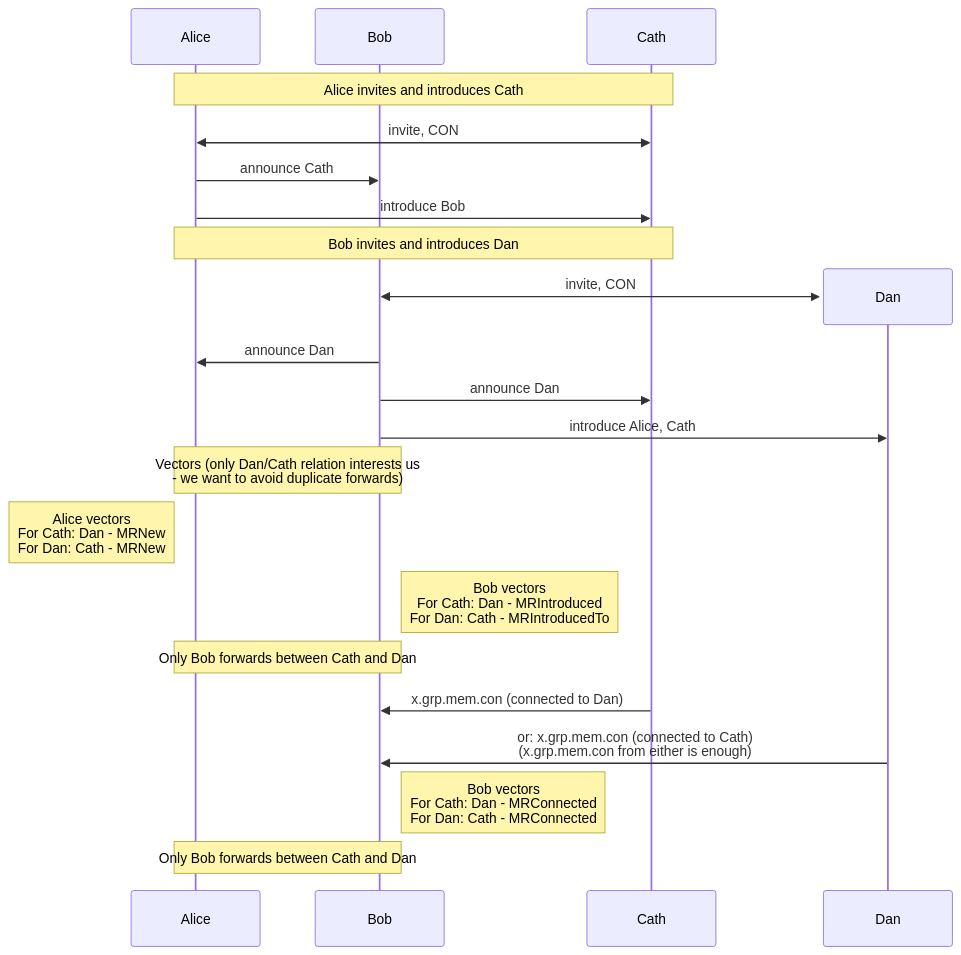
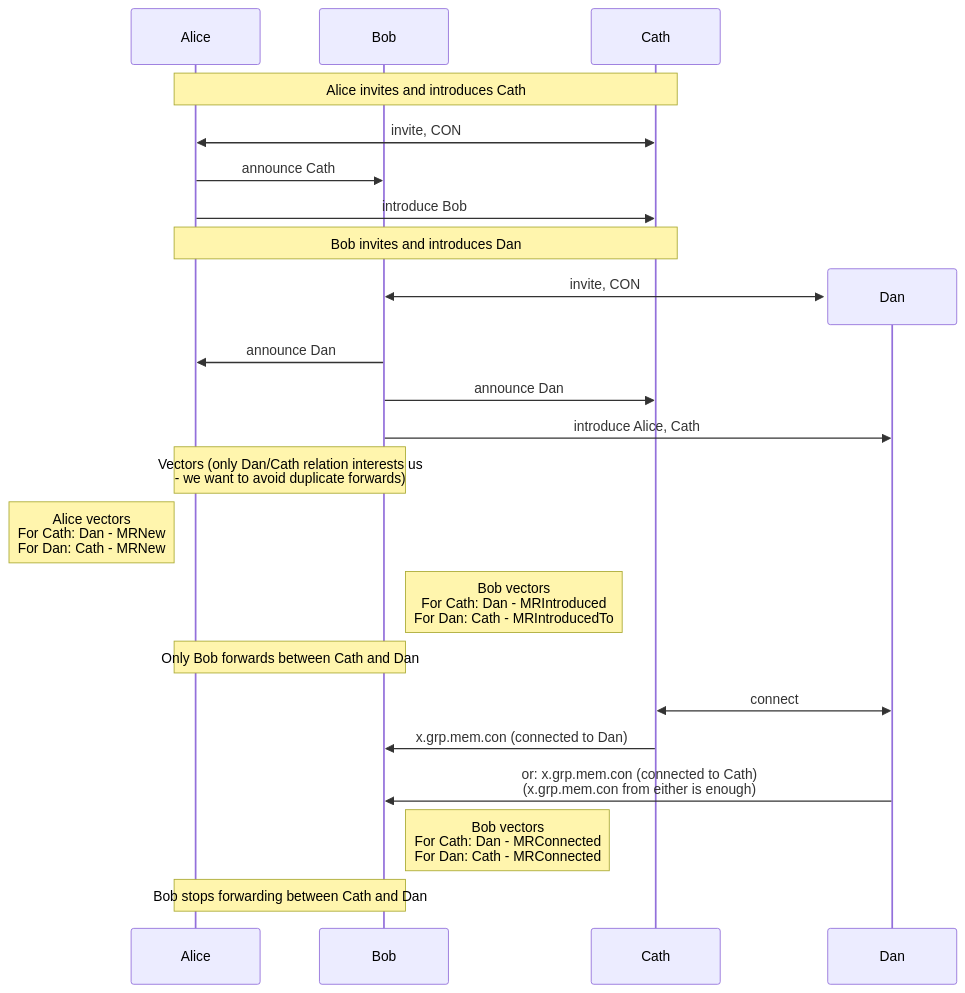
The diagram in docs/rfcs/2025-11-24-member-relations-vector.md (simplex-chat/simplex-chat), drawn with Mermaid before and after one commit. The commit also changed 10 other files, not shown here.

````diff
--- a/docs/rfcs/2025-11-24-member-relations-vector.md
+++ b/docs/rfcs/2025-11-24-member-relations-vector.md
@@ -55,25 +55,26 @@
 ```mermaid
 sequenceDiagram
     participant A as Alice
     participant B as Bob
     participant C as Cath
 
 note over A, C: Alice invites and introduces Cath
 A <<->> C: invite, CON
 A ->> B: announce Cath
 A ->> C: introduce Bob
 note over A, C: Bob invites and introduces Dan
 create participant D as Dan
 B <<->> D: invite, CON
 B ->> A: announce Dan
 B ->> C: announce Dan
 B ->> D: introduce Alice, Cath
 note over A, B: Vectors (only Dan/Cath relation interests us<br>- we want to avoid duplicate forwards)
 note left of A: Alice vectors<br>For Cath: Dan - MRNew<br>For Dan: Cath - MRNew
 note right of B: Bob vectors<br>For Cath: Dan - MRIntroduced<br>For Dan: Cath - MRIntroducedTo
 note over A, B: Only Bob forwards between Cath and Dan
+C <<->> D: connect
 C ->> B: x.grp.mem.con (connected to Dan)
 D ->> B: or: x.grp.mem.con (connected to Cath)<br>(x.grp.mem.con from either is enough)
 note right of B: Bob vectors<br>For Cath: Dan - MRConnected<br>For Dan: Cath - MRConnected
-note over A, B: Only Bob forwards between Cath and Dan
+note over A, B: Bob stops forwarding between Cath and Dan
 ```
````
